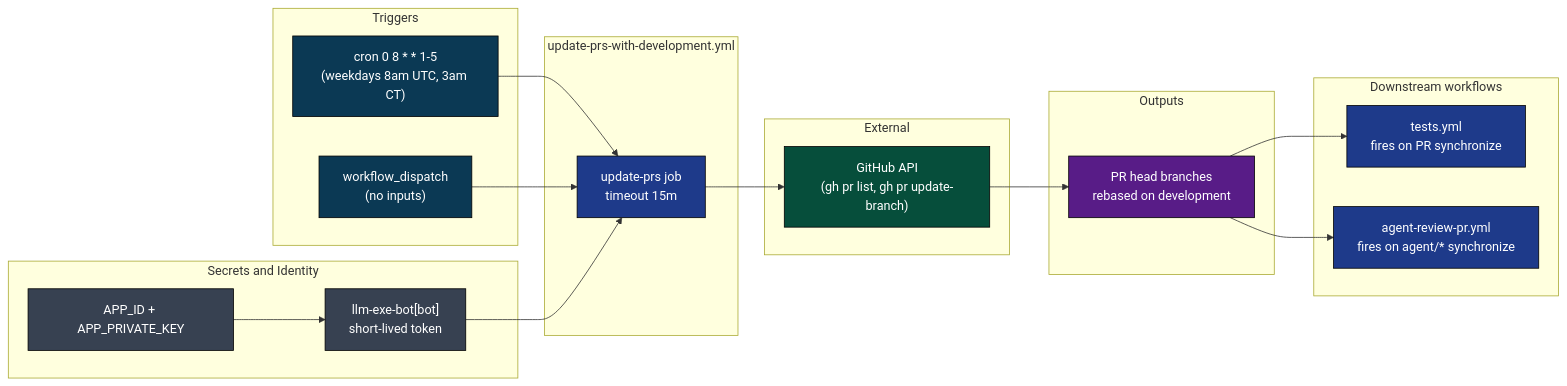
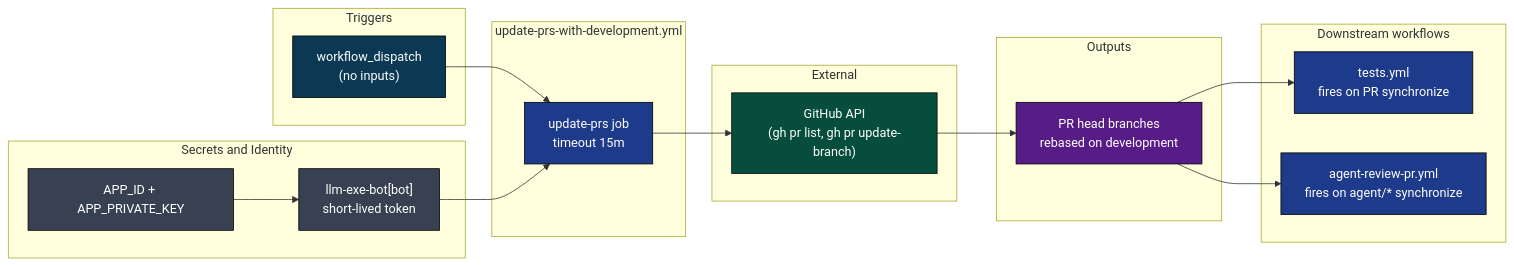
The first of 9 diagrams in .github/docs/UPDATE_PRS_DEEP_DIVE.md (gregreindel/llm-exe), drawn with Mermaid before and after one commit. The commit also changed other lines of this file and 5 other files, not shown here.

````diff
--- a/.github/docs/UPDATE_PRS_DEEP_DIVE.md
+++ b/.github/docs/UPDATE_PRS_DEEP_DIVE.md
@@ -25,44 +25,42 @@
 ```mermaid
 flowchart LR
     classDef trig fill:#0b3954,color:#fff,stroke:#000
     classDef job fill:#1e3a8a,color:#fff,stroke:#000
     classDef ext fill:#064e3b,color:#fff,stroke:#000
     classDef file fill:#374151,color:#fff,stroke:#000
     classDef out fill:#581c87,color:#fff,stroke:#000
 
     subgraph T["Triggers"]
-        c1["cron 0 8 * * 1-5\n(weekdays 8am UTC, 3am CT)"]:::trig
         d1["workflow_dispatch\n(no inputs)"]:::trig
     end
 
     subgraph W["update-prs-with-development.yml"]
         J["update-prs job\ntimeout 15m"]:::job
     end
 
     subgraph S["Secrets and Identity"]
         s1["APP_ID + APP_PRIVATE_KEY"]:::file
         bot["llm-exe-bot[bot]\nshort-lived token"]:::file
     end
 
     subgraph X["External"]
         gh["GitHub API\n(gh pr list, gh pr update-branch)"]:::ext
     end
 
     subgraph O["Outputs"]
         rebased["PR head branches\nrebased on development"]:::out
     end
 
     subgraph D["Downstream workflows"]
         tst["tests.yml\nfires on PR synchronize"]:::job
         rev["agent-review-pr.yml\nfires on agent/* synchronize"]:::job
     end
 
-    c1 --> J
     d1 --> J
     s1 --> bot
     bot --> J
     J --> gh
     gh --> rebased
     rebased --> tst
     rebased --> rev
 ```
````
